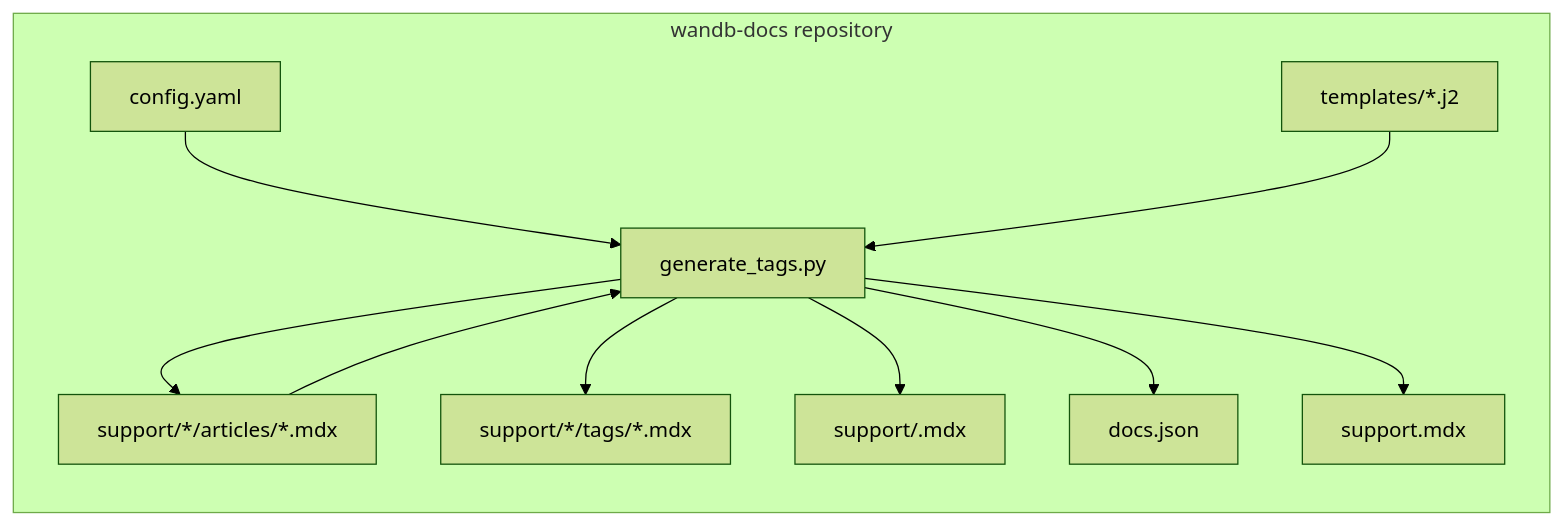
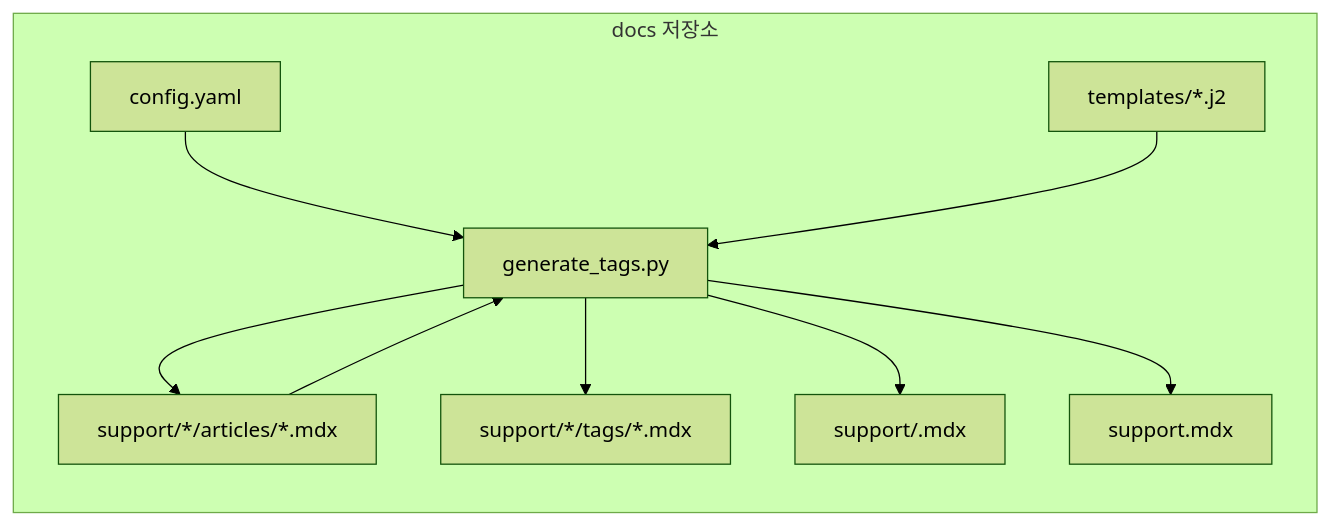
The first of 4 diagrams in ko/scripts/knowledgebase-nav/Architecture.md (wandb/docs), drawn with Mermaid (forest theme) before and after one commit. The commit also changed other lines of this file and 103 other files, not shown here.

````diff
--- a/ko/scripts/knowledgebase-nav/Architecture.md
+++ b/ko/scripts/knowledgebase-nav/Architecture.md
@@ -23,21 +23,19 @@
 ```mermaid
 flowchart LR
-  subgraph repo["wandb-docs repository"]
+  subgraph repo ["docs 저장소"]
     CFG["config.yaml"]
     TPL["templates/*.j2"]
     ART["support/*/articles/*.mdx"]
     GEN["generate_tags.py"]
     OUT1["support/*/tags/*.mdx"]
     OUT2["support/<product>.mdx"]
-    DJ["docs.json"]
     SM["support.mdx"]
   end
   CFG --> GEN
   TPL --> GEN
   ART --> GEN
   GEN --> OUT1
   GEN --> OUT2
-  GEN --> DJ
   GEN --> SM
   GEN --> ART
 ```
````
